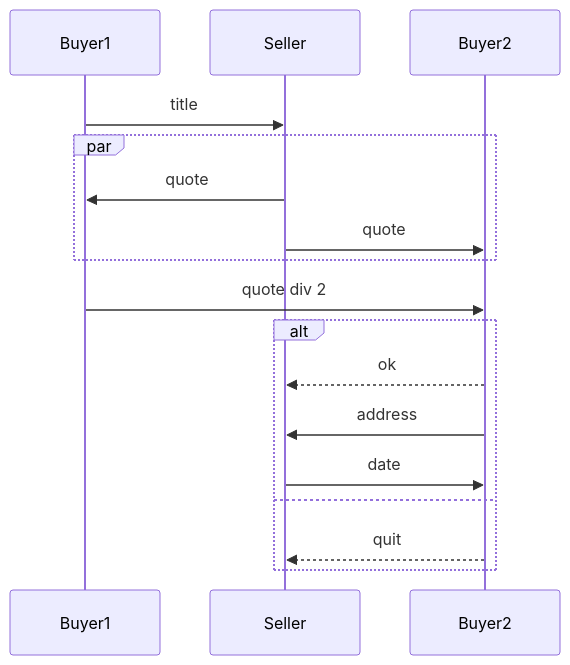
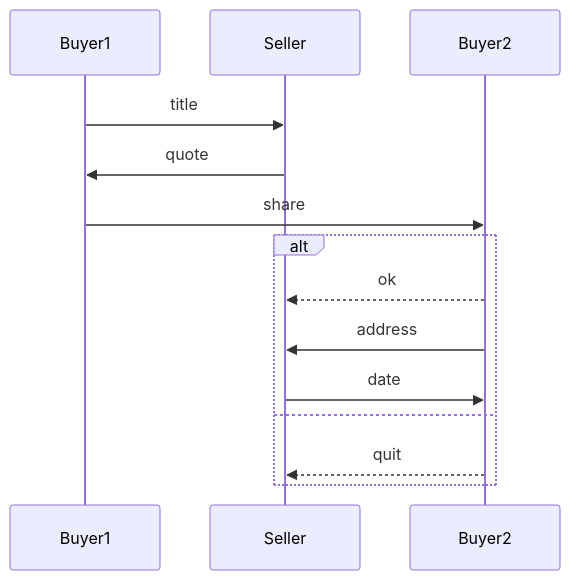
One commit to pkitazos/elixir-mpst changed the diagram in docs/diagram.mmd. Above: the diagram before and after it, drawn with Mermaid.

Commit message:
update sequence diagram

```diff
--- a/docs/diagram.mmd
+++ b/docs/diagram.mmd
@@ -1,17 +1,14 @@
 sequenceDiagram
     participant Buyer1
     participant Seller
     participant Buyer2
     Buyer1 ->> Seller: title
-    par
-        Seller ->> Buyer1: quote
-        Seller ->> Buyer2: quote
-    end
-    Buyer1 ->> Buyer2: quote div 2
+    Seller ->> Buyer1: quote
+    Buyer1 ->> Buyer2: share
     alt 
         Buyer2 -->> Seller: ok
         Buyer2 ->> Seller: address
         Seller ->> Buyer2: date
     else
         Buyer2 -->> Seller: quit
     end
```
